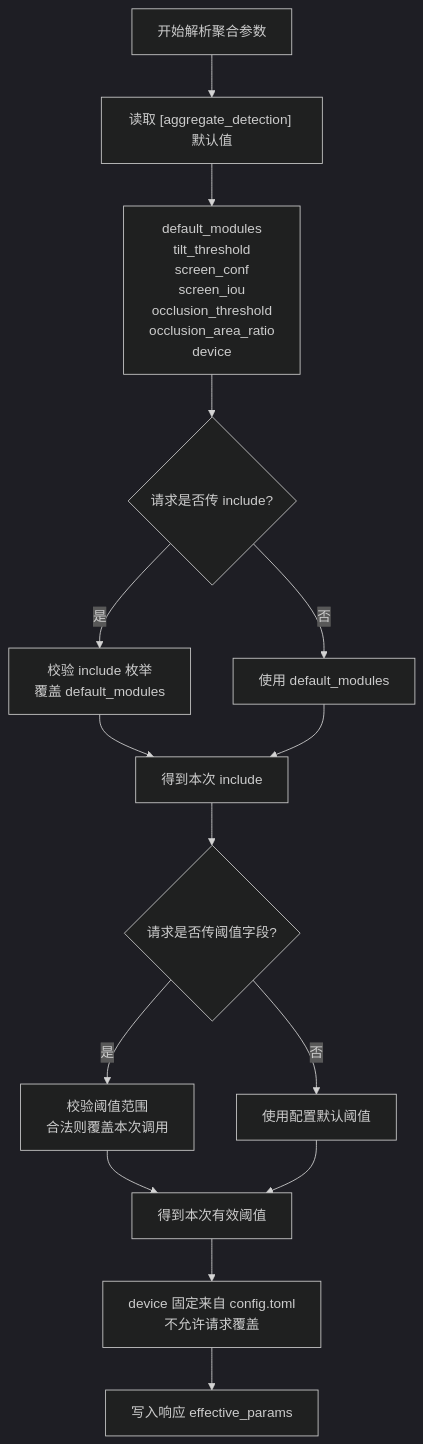
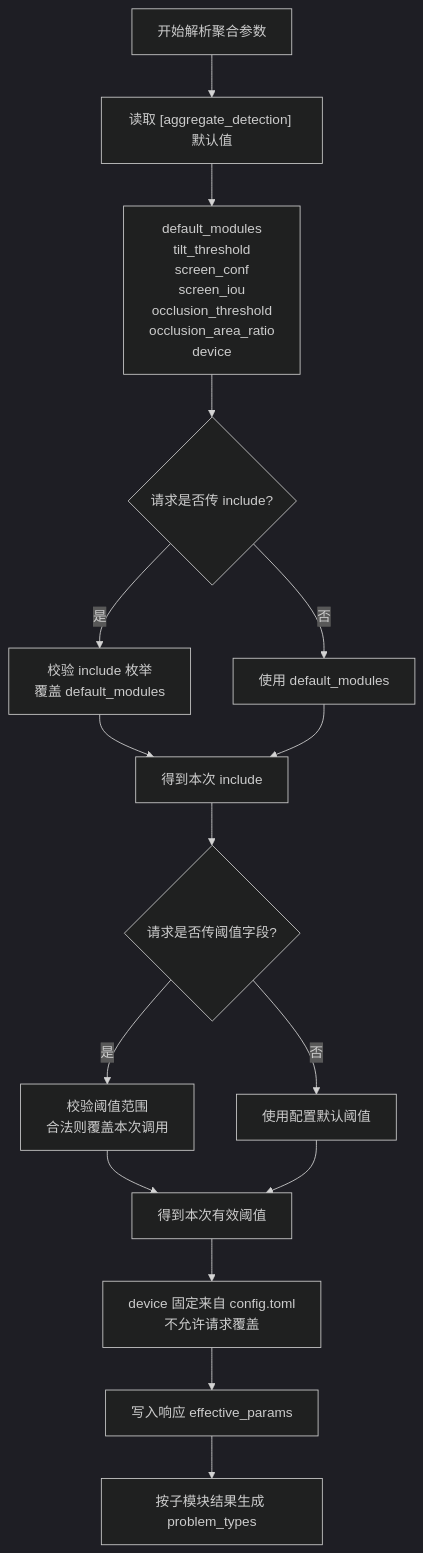
One commit to ZhangShen55/jy-algorithm-app-screen_det-server changed the second of 3 diagrams in openspec/changes/add-detect-all-aggregate-endpoint/design.md. Above: the diagram before and after it, drawn with Mermaid (dark theme). The commit also changed other lines of this file and 3 other files, not shown here.

````diff
--- a/openspec/changes/add-detect-all-aggregate-endpoint/design.md
+++ b/openspec/changes/add-detect-all-aggregate-endpoint/design.md
@@ -295,17 +326,18 @@
 ```mermaid
 flowchart TD
     A["开始解析聚合参数"] --> B["读取 [aggregate_detection] 默认值"]
     B --> C["default_modules<br/>tilt_threshold<br/>screen_conf<br/>screen_iou<br/>occlusion_threshold<br/>occlusion_area_ratio<br/>device"]
     C --> D{"请求是否传 include?"}
     D -- "是" --> E["校验 include 枚举<br/>覆盖 default_modules"]
     D -- "否" --> F["使用 default_modules"]
     E --> G["得到本次 include"]
     F --> G
     G --> H{"请求是否传阈值字段?"}
     H -- "是" --> I["校验阈值范围<br/>合法则覆盖本次调用"]
     H -- "否" --> J["使用配置默认阈值"]
     I --> K["得到本次有效阈值"]
     J --> K
     K --> L["device 固定来自 config.toml<br/>不允许请求覆盖"]
     L --> M["写入响应 effective_params"]
+    M --> N["按子模块结果生成 problem_types"]
 ```
````
